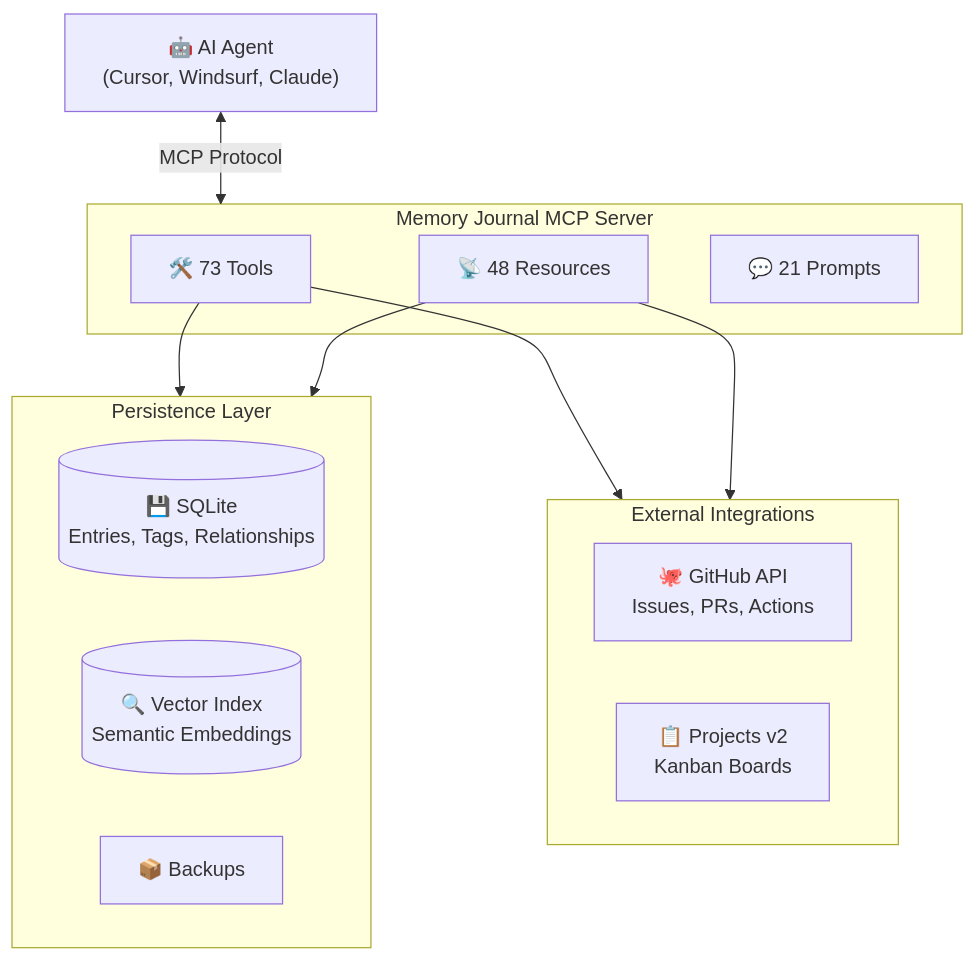
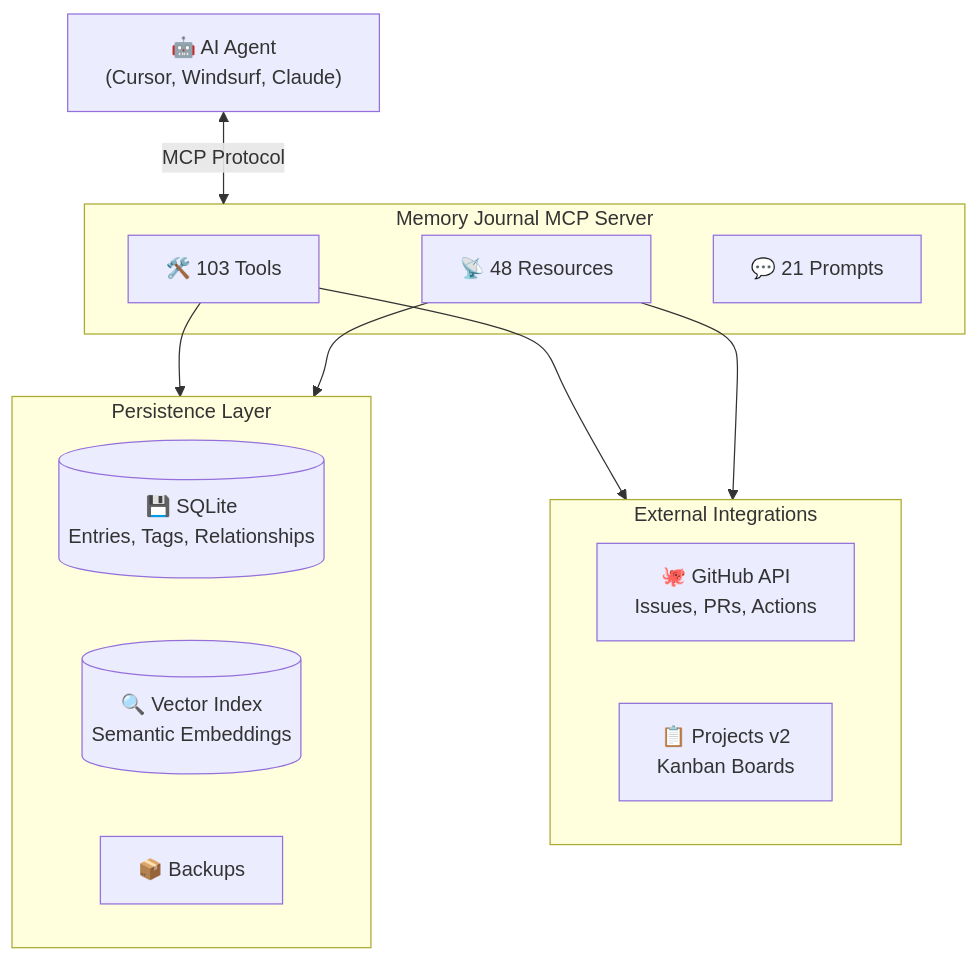
One commit to neverinfamous/memory-journal-mcp changed the second of 2 diagrams in README.md. Above: the diagram before and after it, drawn with Mermaid. The commit also changed other lines of this file and 3 other files, not shown here.

````diff
--- a/README.md
+++ b/README.md
@@ -745,27 +745,27 @@
 ```mermaid
 flowchart TB
     AI["🤖 AI Agent<br/>(Cursor, Windsurf, Claude)"]
 
     subgraph MCP["Memory Journal MCP Server"]
-        Tools["🛠️ 73 Tools"]
+        Tools["🛠️ 103 Tools"]
         Resources["📡 48 Resources"]
         Prompts["💬 21 Prompts"]
     end
 
     subgraph Storage["Persistence Layer"]
         SQLite[("💾 SQLite<br/>Entries, Tags, Relationships")]
         Vector[("🔍 Vector Index<br/>Semantic Embeddings")]
         Backups["📦 Backups"]
     end
 
     subgraph External["External Integrations"]
         GitHub["🐙 GitHub API<br/>Issues, PRs, Actions"]
         Kanban["📋 Projects v2<br/>Kanban Boards"]
     end
 
     AI <-->|"MCP Protocol"| MCP
     Tools --> Storage
     Tools --> External
     Resources --> Storage
     Resources --> External
 ```
````
